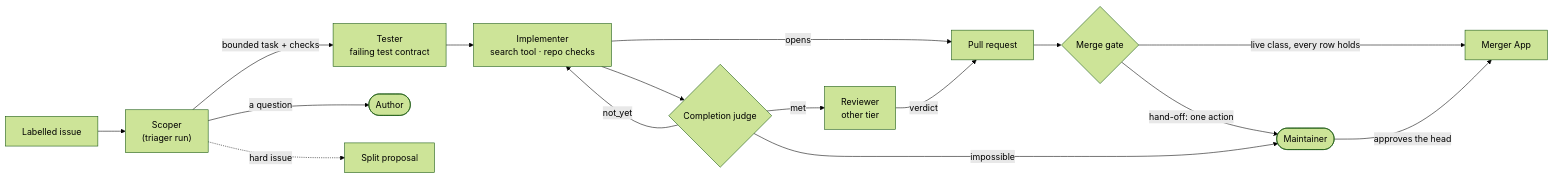
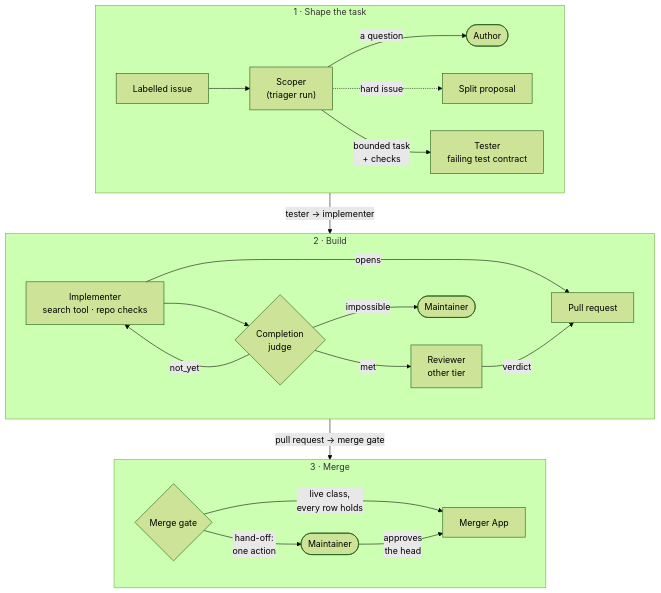
The first of 4 diagrams in website/content/docs/platform/ai-platform/agents/how-it-works/agents-and-merge-gate.md (Smana/ai-native-ref), drawn with Mermaid (forest theme) before and after one commit. The commit also changed other lines of this file and 4 other files, not shown here.

First line of the commit message:
docs(site): reshape the long mermaid diagrams so they read at page width (#278)

````diff
--- a/website/content/docs/platform/ai-platform/agents/how-it-works/agents-and-merge-gate.md
+++ b/website/content/docs/platform/ai-platform/agents/how-it-works/agents-and-merge-gate.md
@@ -22,18 +22,27 @@
 ```mermaid
-flowchart LR
-  issue["Labelled issue"] --> scoper["Scoper<br/>(triager run)"]
-  scoper -->|"bounded task + checks"| tester["Tester<br/>failing test contract"]
-  scoper -->|"a question"| author(["Author"])
-  scoper -.->|"hard issue"| split["Split proposal"]
-  tester --> impl["Implementer<br/>search tool · repo checks"]
-  impl -->|"opens"| pr["Pull request"]
-  impl --> judge{"Completion judge"}
-  judge -->|"not_yet"| impl
-  judge -->|"met"| reviewer["Reviewer<br/>other tier"]
-  judge -->|"impossible"| human(["Maintainer"])
-  reviewer -->|"verdict"| pr
-  pr --> gate{"Merge gate"}
-  gate -->|"live class, every row holds"| merger["Merger App"]
-  gate -->|"hand-off: one action"| human
-  human -->|"approves the head"| merger
+flowchart TB
+  subgraph shape["1 · Shape the task"]
+    direction LR
+    issue["Labelled issue"] --> scoper["Scoper<br/>(triager run)"]
+    scoper -->|"a question"| author(["Author"])
+    scoper -.->|"hard issue"| split["Split proposal"]
+    scoper -->|"bounded task<br/>+ checks"| tester["Tester<br/>failing test contract"]
+  end
+  subgraph build["2 · Build"]
+    direction LR
+    impl["Implementer<br/>search tool · repo checks"] --> judge{"Completion<br/>judge"}
+    judge -->|"not_yet"| impl
+    judge -->|"met"| reviewer["Reviewer<br/>other tier"]
+    judge -->|"impossible"| esc(["Maintainer"])
+    impl -->|"opens"| pr["Pull request"]
+    reviewer -->|"verdict"| pr
+  end
+  subgraph merge["3 · Merge"]
+    direction LR
+    gate{"Merge gate"} -->|"live class,<br/>every row holds"| merger["Merger App"]
+    gate -->|"hand-off:<br/>one action"| human(["Maintainer"])
+    human -->|"approves<br/>the head"| merger
+  end
+  shape -->|"tester → implementer"| build
+  build -->|"pull request → merge gate"| merge
 ```
````
